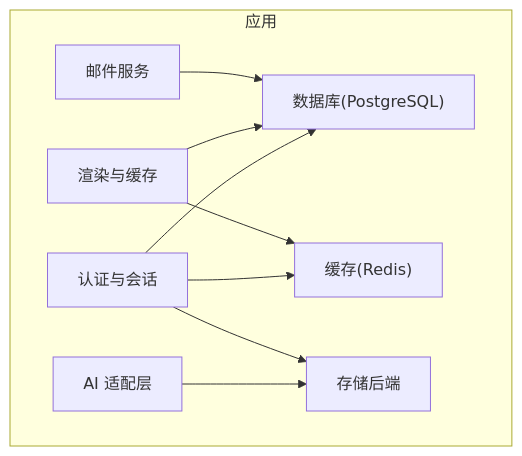
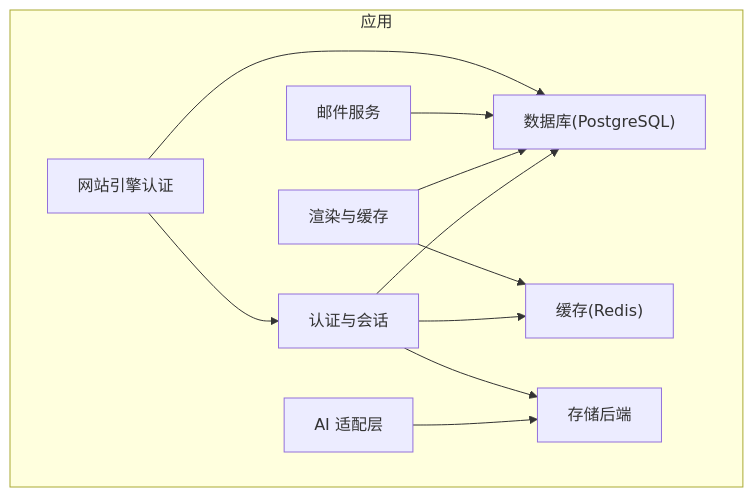
The second of 6 diagrams in .qoder/repowiki/zh/content/部署指南/生产环境配置/环境变量配置.md (scottcwy/PurpleInk), drawn with Mermaid before and after one commit. The commit also changed other lines of this file and 23 other files, not shown here.

````diff
--- a/.qoder/repowiki/zh/content/部署指南/生产环境配置/环境变量配置.md
+++ b/.qoder/repowiki/zh/content/部署指南/生产环境配置/环境变量配置.md
@@ -81,19 +85,22 @@
 ```mermaid
 graph TB
 subgraph "应用"
 AUTH["认证与会话"]
 RENDER["渲染与缓存"]
 AI["AI 适配层"]
 STORE["存储后端"]
 MAIL["邮件服务"]
 DB["数据库(PostgreSQL)"]
 REDIS["缓存(Redis)"]
+ENGINE["网站引擎认证"]
 end
 AUTH --> DB
 AUTH --> REDIS
 RENDER --> REDIS
 RENDER --> DB
 AI --> STORE
 MAIL --> DB
 AUTH --> STORE
+ENGINE --> AUTH
+ENGINE --> DB
 ```
````
